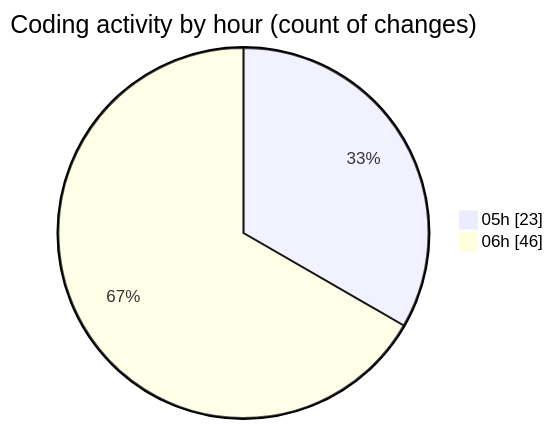
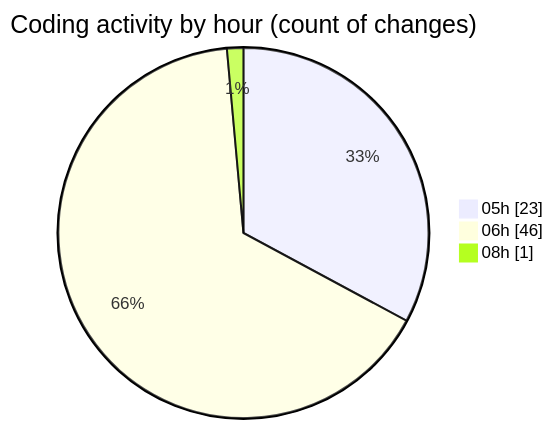
Before and after one commit to FixMe24/code-tracking: the second of 2 diagrams in 2025-05-21/fixme24/README.md, drawn with Mermaid. The commit also changed other lines of this file and 1 other file, not shown here.

````diff
--- a/2025-05-21/fixme24/README.md
+++ b/2025-05-21/fixme24/README.md
@@ -58,6 +60,7 @@
 ```mermaid
 pie showData
 title Coding activity by hour (count of changes)
 "05h" : 23
 "06h" : 46
+"08h" : 1
 ```
````
